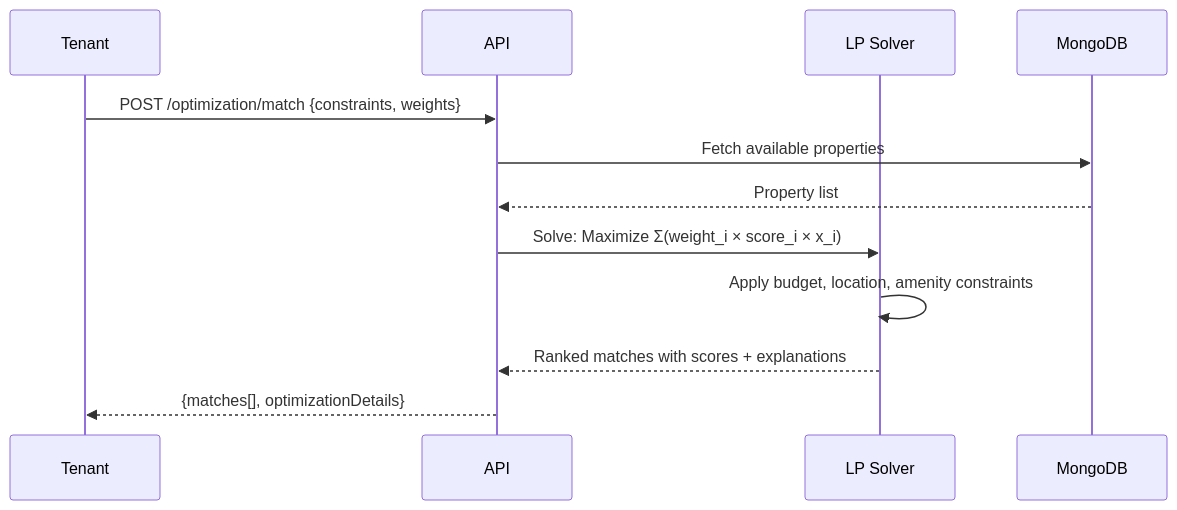
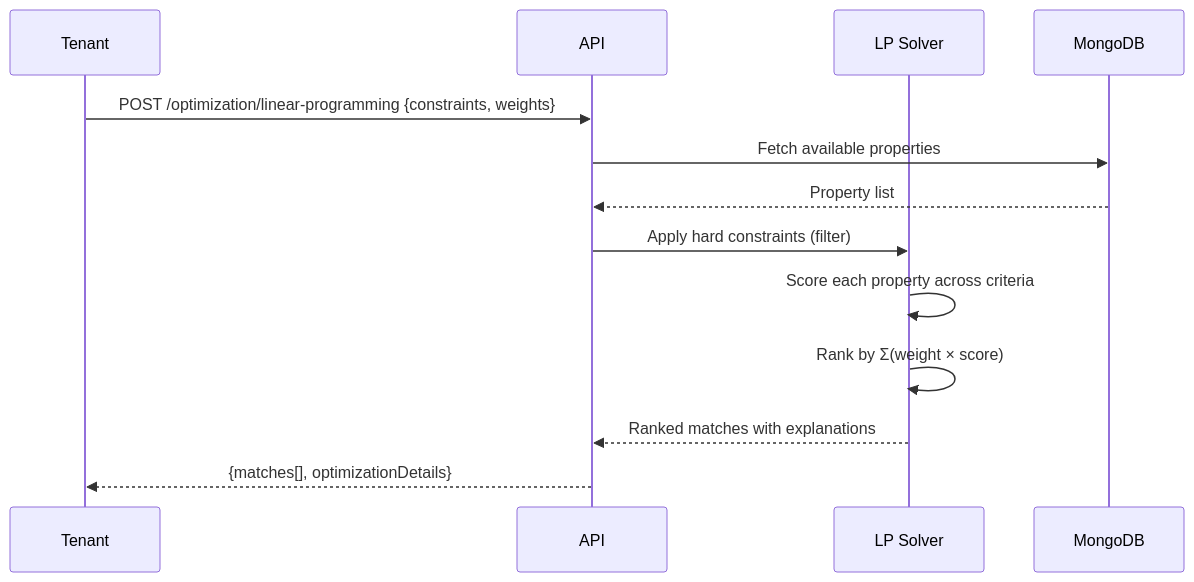
One commit to Olayanju-1234/final-year-project-backend changed the third of 4 diagrams in README.md. Above: the diagram before and after it, drawn with Mermaid. The commit also changed other lines of this file, not shown here.

````diff
--- a/README.md
+++ b/README.md
@@ -415,15 +264,16 @@
 ```mermaid
 sequenceDiagram
     participant Tenant
     participant API
     participant LP as LP Solver
     participant DB as MongoDB
 
-    Tenant->>API: POST /optimization/match {constraints, weights}
+    Tenant->>API: POST /optimization/linear-programming {constraints, weights}
     API->>DB: Fetch available properties
     DB-->>API: Property list
-    API->>LP: Solve: Maximize Σ(weight_i × score_i × x_i)
-    LP->>LP: Apply budget, location, amenity constraints
-    LP-->>API: Ranked matches with scores + explanations
+    API->>LP: Apply hard constraints (filter)
+    LP->>LP: Score each property across criteria
+    LP->>LP: Rank by Σ(weight × score)
+    LP-->>API: Ranked matches with explanations
     API-->>Tenant: {matches[], optimizationDetails}
 ```
````
